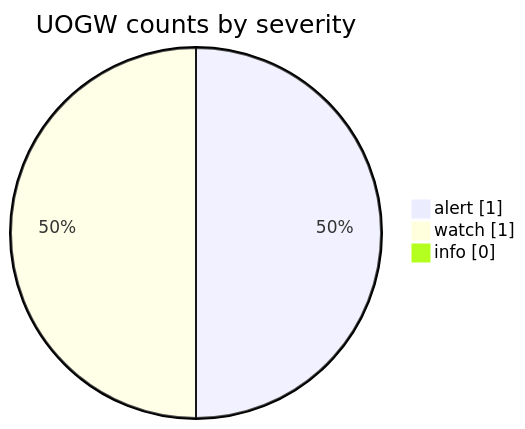
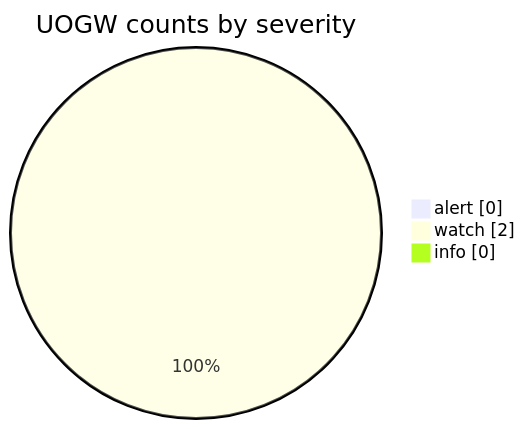
The fourth of 6 diagrams in docs/GRAPHS.md (Midwest-Stratospheric/aerostratospheric-defense-gir), drawn with Mermaid before and after one commit. The commit also changed other lines of this file and 23 other files, not shown here.

````diff
--- a/docs/GRAPHS.md
+++ b/docs/GRAPHS.md
@@ -66,7 +66,7 @@
 ```mermaid
 pie showData
   title UOGW counts by severity
-  "alert" : 1
-  "watch" : 1
+  "alert" : 0
+  "watch" : 2
   "info" : 0
 ```
````
